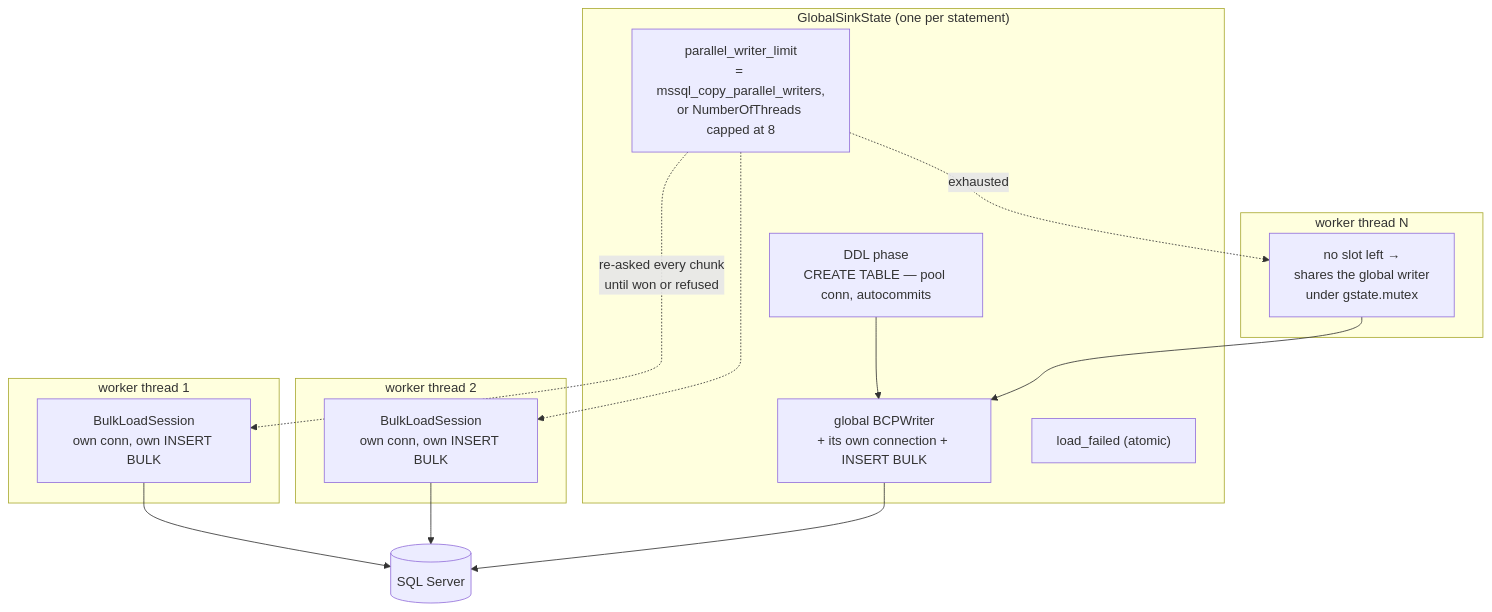
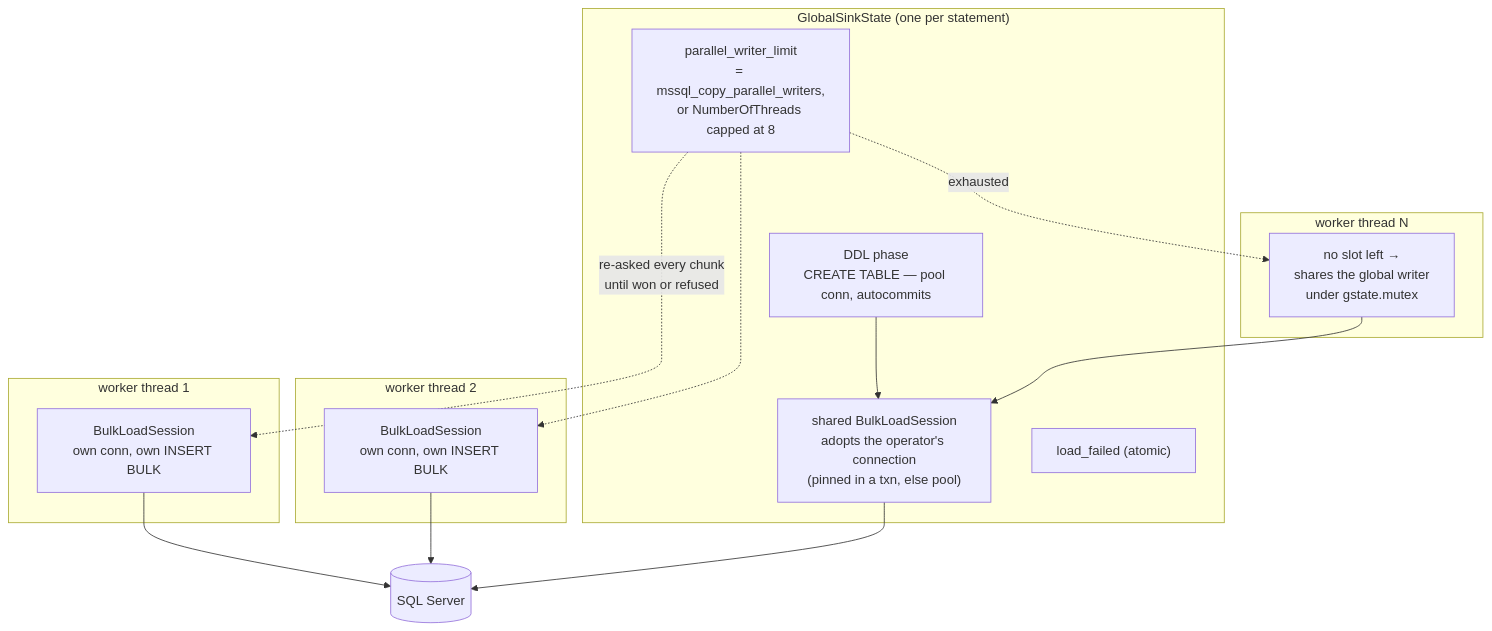
Diagram 13 of 14 in DATAMODEL.md (hugr-lab/mssql-extension), drawn with Mermaid before and after one commit. The commit also changed other lines of this file and 61 other files, not shown here.

First line of the commit message:
spec 062: INSERT via BCP — one session type, atomic loads, the statement path under the auto-parameterisation line (#348)

````diff
--- a/DATAMODEL.md
+++ b/DATAMODEL.md
@@ -702,26 +702,26 @@
 ```mermaid
 flowchart TD
     subgraph GS["GlobalSinkState (one per statement)"]
         ddl["DDL phase<br/>CREATE TABLE — pool conn, autocommits"]
-        gw["global BCPWriter<br/>+ its own connection + INSERT BULK"]
+        gw["shared BulkLoadSession<br/>adopts the operator's connection<br/>(pinned in a txn, else pool)"]
         lim["parallel_writer_limit<br/>= mssql_copy_parallel_writers,<br/>or NumberOfThreads capped at 8"]
         failed["load_failed (atomic)"]
     end
     subgraph T1["worker thread 1"]
         lw1["BulkLoadSession<br/>own conn, own INSERT BULK"]
     end
     subgraph T2["worker thread 2"]
         lw2["BulkLoadSession<br/>own conn, own INSERT BULK"]
     end
     subgraph T3["worker thread N"]
         shared["no slot left →<br/>shares the global writer<br/>under gstate.mutex"]
     end
     ddl --> gw
     lim -.re-asked every chunk<br/>until won or refused.-> lw1
     lim -.-> lw2
     lim -.exhausted.-> shared
     lw1 --> srv[(SQL Server)]
     lw2 --> srv
     gw --> srv
     shared --> gw
 ```
````
